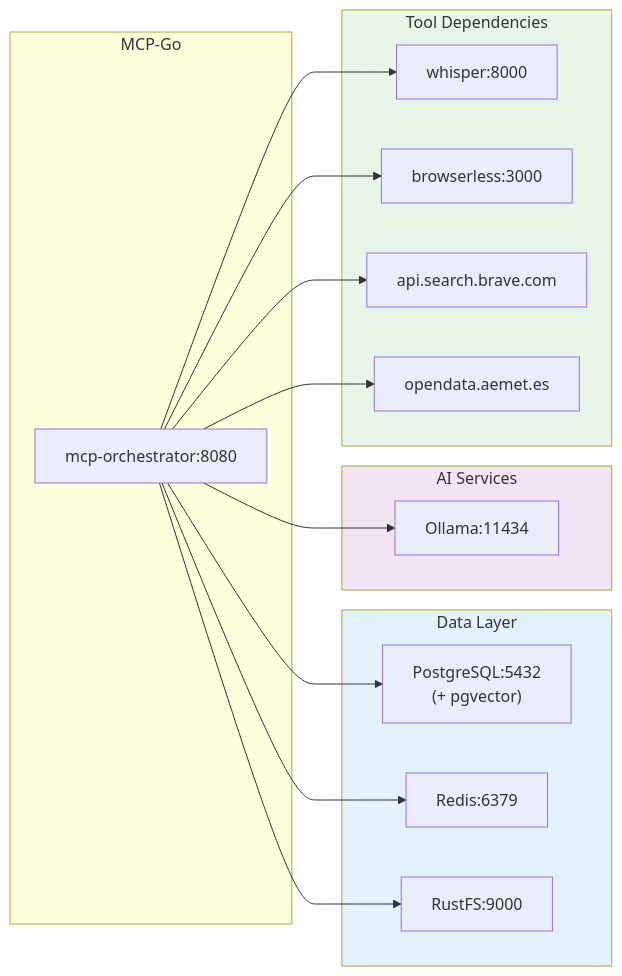
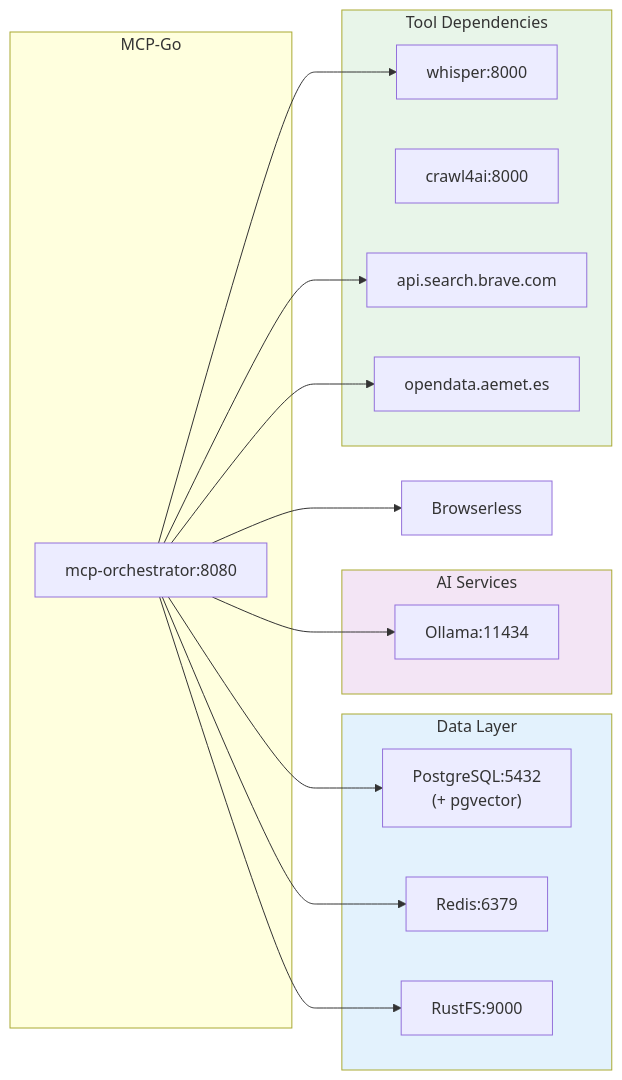
The eighth of 11 diagrams in docs/ARCHITECTURE.md (sudebaker/mcp-go), drawn with Mermaid before and after one commit. The commit also changed other lines of this file and 12 other files, not shown here.

First line of the commit message:
refactor: replace browserless with crawl4ai

````diff
--- a/docs/ARCHITECTURE.md
+++ b/docs/ARCHITECTURE.md
@@ -330,36 +330,36 @@
 ```mermaid
 graph LR
     subgraph MCPGo["MCP-Go"]
         Server["mcp-orchestrator:8080"]
     end
 
     subgraph Data["Data Layer"]
         Postgres["PostgreSQL:5432<br/>(+ pgvector)"]
         Redis["Redis:6379"]
         S3["RustFS:9000"]
     end
 
     subgraph AI["AI Services"]
         Ollama["Ollama:11434"]
     end
 
     subgraph Tools["Tool Dependencies"]
         Whisper["whisper:8000"]
-        Browserless["browserless:3000"]
+        Crawl4ai["crawl4ai:8000"]
         Brave["api.search.brave.com"]
         AEMET["opendata.aemet.es"]
     end
 
     Server --> Postgres
     Server --> Redis
     Server --> S3
     Server --> Ollama
     Server --> Whisper
     Server --> Browserless
     Server --> Brave
     Server --> AEMET
 
     style Data fill:#e3f2fd
     style AI fill:#f3e5f5
     style Tools fill:#e8f5e9
 ```
````
